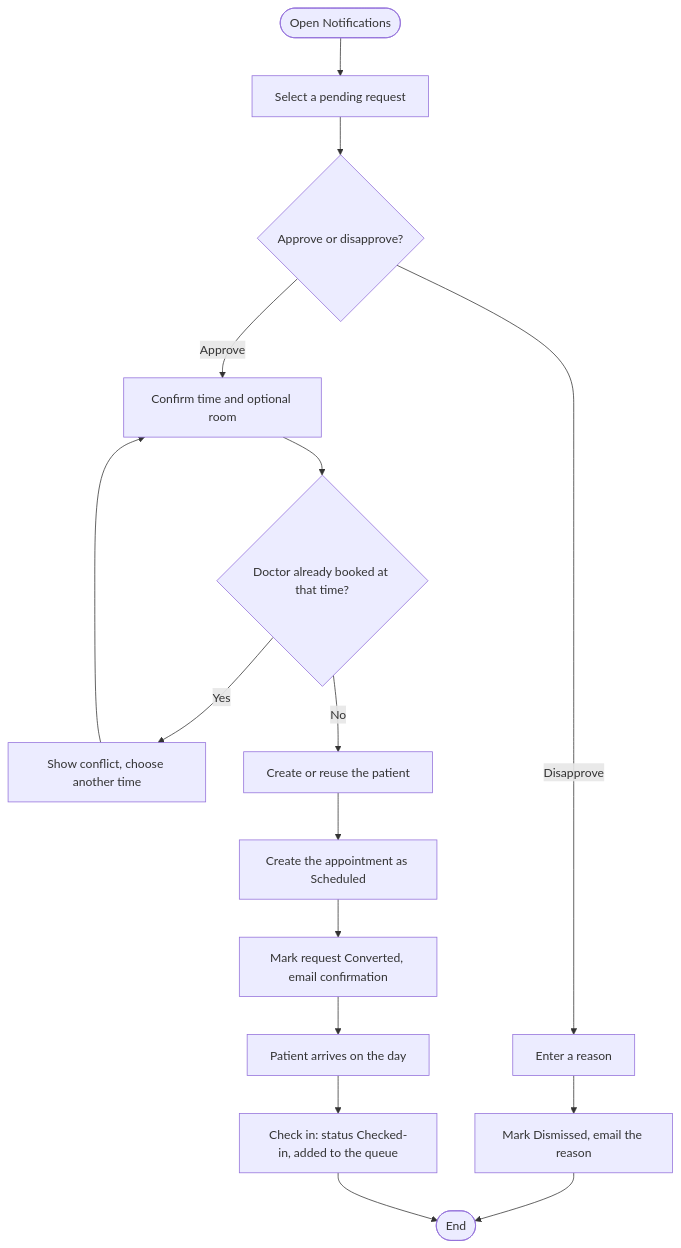
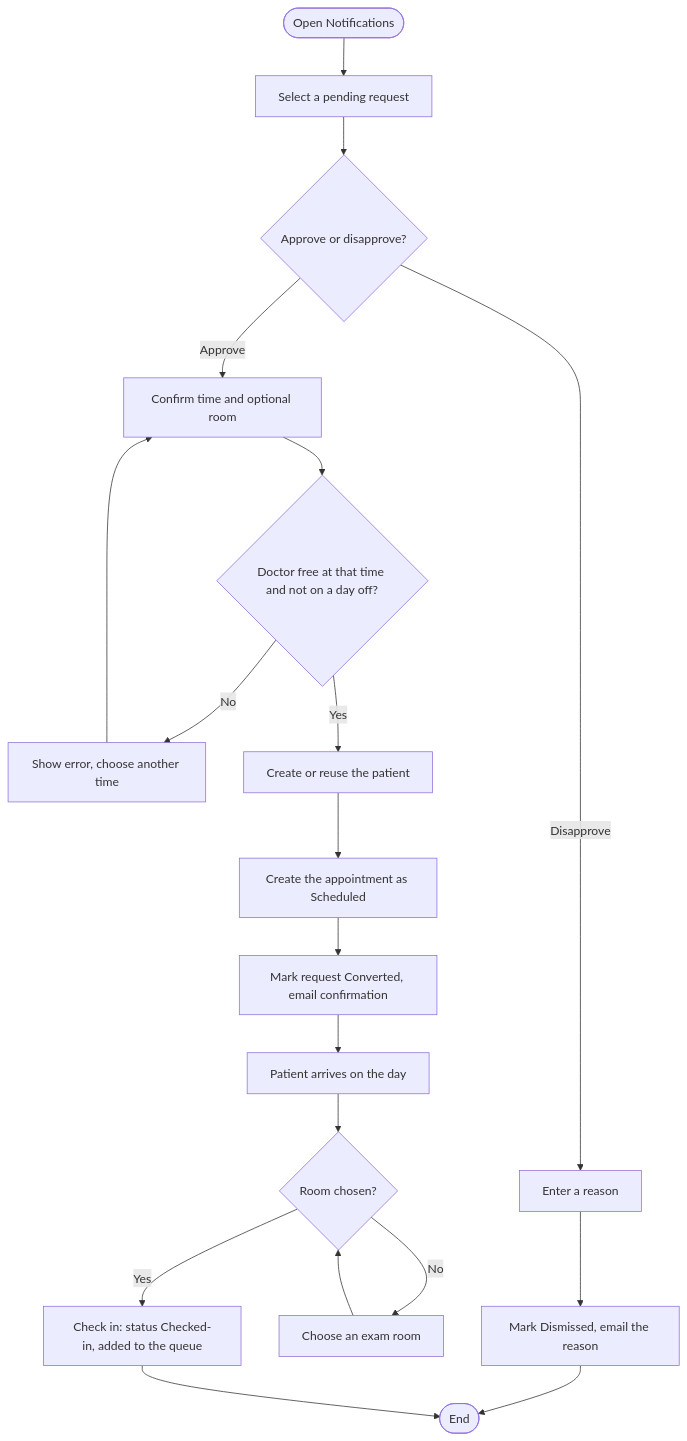
Before and after one commit to kelsengile/AppointMed: the ninth of 11 diagrams in DOCUMENTATION.md, drawn with Mermaid. The commit also changed other lines of this file and 8 other files, not shown here.

````diff
--- a/DOCUMENTATION.md
+++ b/DOCUMENTATION.md
@@ -637,15 +643,17 @@
 ```mermaid
 flowchart TD
     A([Open Notifications]) --> B[Select a pending request]
     B --> C{Approve or disapprove?}
     C -- Disapprove --> D[Enter a reason] --> E[Mark Dismissed, email the reason] --> Z([End])
     C -- Approve --> F[Confirm time and optional room]
-    F --> G{Doctor already booked at that time?}
-    G -- Yes --> H[Show conflict, choose another time] --> F
-    G -- No --> I[Create or reuse the patient]
+    F --> G{Doctor free at that time and not on a day off?}
+    G -- No --> H[Show error, choose another time] --> F
+    G -- Yes --> I[Create or reuse the patient]
     I --> J[Create the appointment as Scheduled]
     J --> K[Mark request Converted, email confirmation]
     K --> L[Patient arrives on the day]
-    L --> M[Check in: status Checked-in, added to the queue]
+    L --> L2{Room chosen?}
+    L2 -- No --> L3[Choose an exam room] --> L2
+    L2 -- Yes --> M[Check in: status Checked-in, added to the queue]
     M --> Z
 ```
````
